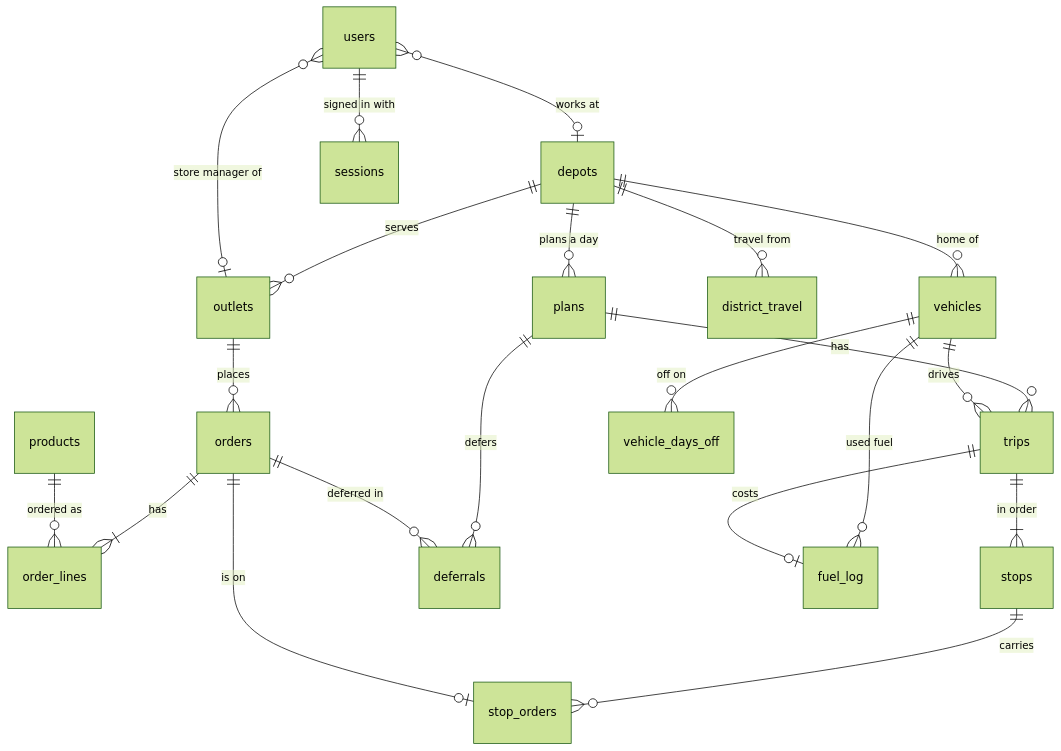
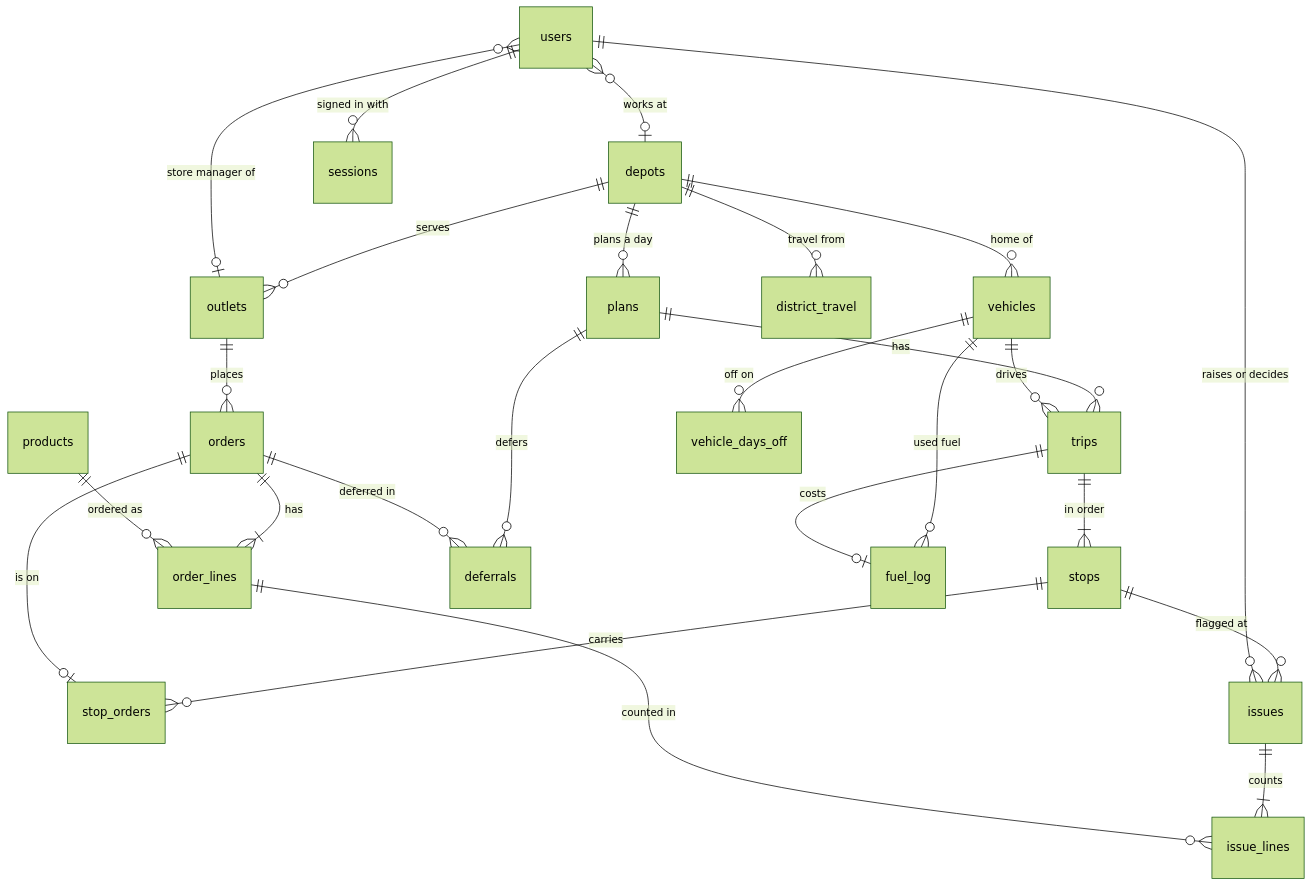
One commit to nabil11111/Vectorious_Wayfinder changed the diagram in docs/data-model.md. Above: the diagram before and after it, drawn with Mermaid (forest theme). The commit also changed other lines of this file and 8 other files, not shown here.

````diff
--- a/docs/data-model.md
+++ b/docs/data-model.md
@@ -6,23 +6,27 @@
 ```mermaid
 erDiagram
     depots ||--o{ outlets : serves
     depots ||--o{ vehicles : "home of"
     depots ||--o{ district_travel : "travel from"
     outlets ||--o{ orders : places
     orders ||--|{ order_lines : has
     products ||--o{ order_lines : "ordered as"
     users }o--o| outlets : "store manager of"
     users }o--o| depots : "works at"
     users ||--o{ sessions : "signed in with"
     depots ||--o{ plans : "plans a day"
     plans ||--o{ trips : has
     vehicles ||--o{ trips : drives
     trips ||--|{ stops : "in order"
     stops ||--o{ stop_orders : carries
     orders ||--o| stop_orders : "is on"
     plans ||--o{ deferrals : "defers"
     orders ||--o{ deferrals : "deferred in"
     vehicles ||--o{ vehicle_days_off : "off on"
     vehicles ||--o{ fuel_log : "used fuel"
     trips ||--o| fuel_log : "costs"
+    stops ||--o{ issues : "flagged at"
+    issues ||--|{ issue_lines : counts
+    order_lines ||--o{ issue_lines : "counted in"
+    users ||--o{ issues : "raises or decides"
 ```
````
